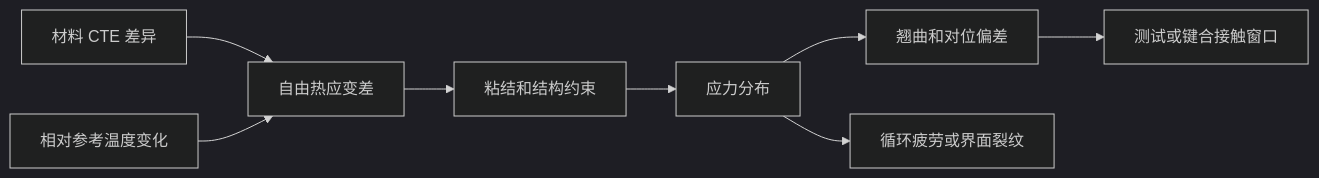
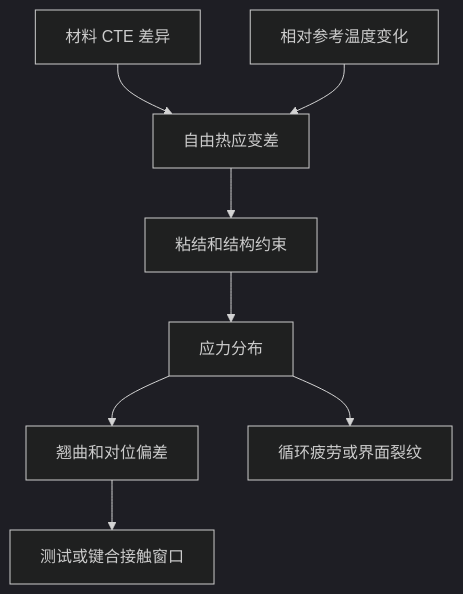
The diagram in series/chip-development/FAB/wiki/06-cross-cutting-engineering/stress-warpage-cte.md (microarch-flow/wiki), drawn with Mermaid (dark theme) before and after one commit. The commit also changed 13 other files, not shown here.

Commit message:
Keep chip development diagrams readable on narrow screens

````diff
--- a/series/chip-development/FAB/wiki/06-cross-cutting-engineering/stress-warpage-cte.md
+++ b/series/chip-development/FAB/wiki/06-cross-cutting-engineering/stress-warpage-cte.md
@@ -14,10 +14,10 @@
 ```mermaid
-flowchart LR
+flowchart TB
     A[材料 CTE 差异] --> D[自由热应变差]
     B[相对参考温度变化] --> D
     D --> C[粘结和结构约束]
     C --> E[应力分布]
     E --> F[翘曲和对位偏差]
     E --> G[循环疲劳或界面裂纹]
     F --> H[测试或键合接触窗口]
 ```
````
